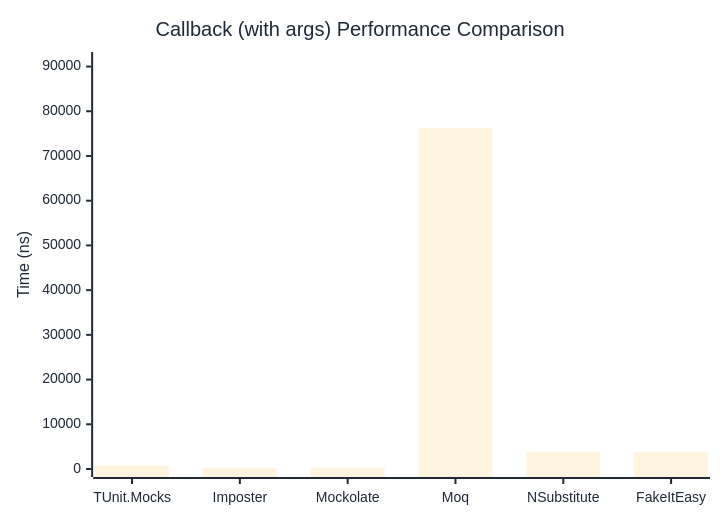
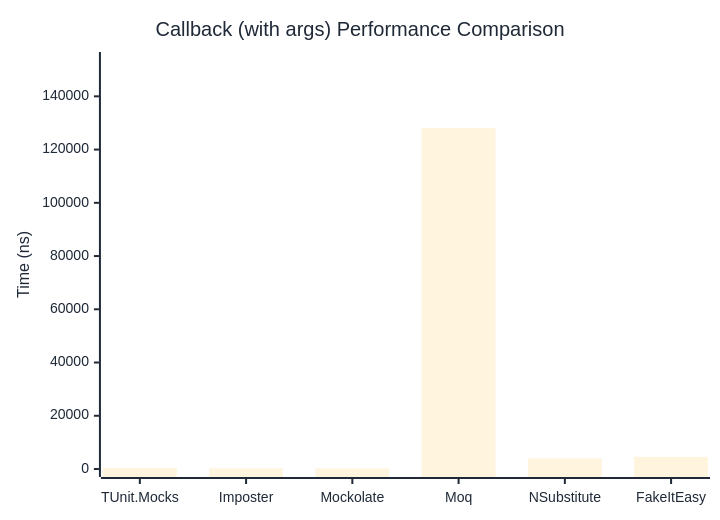
One commit to thomhurst/TUnit changed the second of 2 diagrams in docs/docs/benchmarks/mocks/Callback.md. Above: the diagram before and after it, drawn with Mermaid. The commit also changed other lines of this file and 14 other files, not shown here.

````diff
--- a/docs/docs/benchmarks/mocks/Callback.md
+++ b/docs/docs/benchmarks/mocks/Callback.md
@@ -71,27 +71,27 @@
 ```mermaid
 %%{init: {
   'theme':'base',
   'themeVariables': {
     'primaryColor': '#2563eb',
     'primaryTextColor': '#1f2937',
     'primaryBorderColor': '#1e40af',
     'lineColor': '#6b7280',
     'secondaryColor': '#7c3aed',
     'tertiaryColor': '#dc2626',
     'background': '#ffffff',
     'pie1': '#2563eb',
     'pie2': '#7c3aed',
     'pie3': '#dc2626',
     'pie4': '#f59e0b',
     'pie5': '#10b981',
     'pie6': '#06b6d4',
     'pie7': '#ec4899',
     'pie8': '#6366f1'
   }
 }}%%
 xychart-beta
   title "Callback (with args) Performance Comparison"
   x-axis ["TUnit.Mocks", "Imposter", "Mockolate", "Moq", "NSubstitute", "FakeItEasy"]
-  y-axis "Time (ns)" 0 --> 91465
-  bar [690.7, 258.8, 331.1, 76220.1, 3794.6, 3751.6]
+  y-axis "Time (ns)" 0 --> 153650
+  bar [447.7, 225.7, 209.2, 128041.1, 4019.6, 4578.4]
 ```
````
